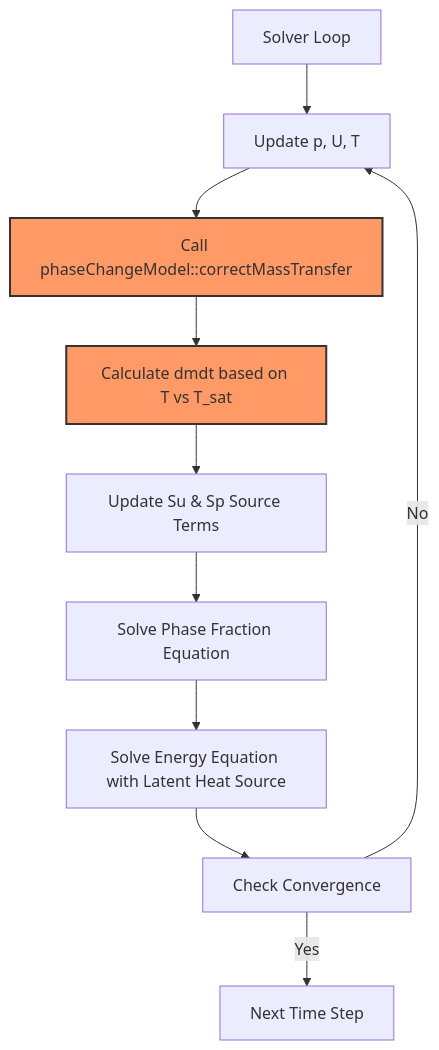
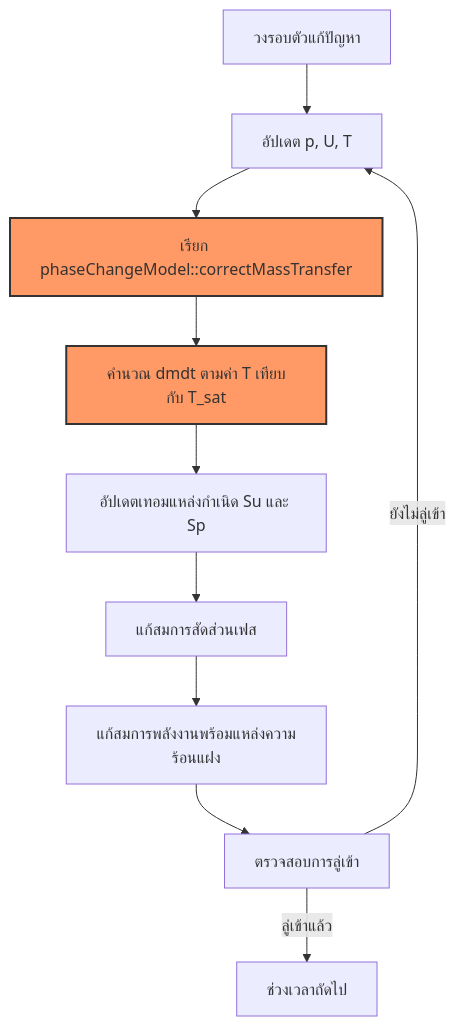
One commit to wramet/build-my-cfd changed the second of 2 diagrams in MODULE_06_ADVANCED_PHYSICS/CONTENT/01_ADVANCED_MULTIPHASE_FLOWS/01_Phase_Change_Modeling.md. Above: the diagram before and after it, drawn with Mermaid. The commit also changed other lines of this file and 104 other files, not shown here.

````diff
--- a/MODULE_06_ADVANCED_PHYSICS/CONTENT/01_ADVANCED_MULTIPHASE_FLOWS/01_Phase_Change_Modeling.md
+++ b/MODULE_06_ADVANCED_PHYSICS/CONTENT/01_ADVANCED_MULTIPHASE_FLOWS/01_Phase_Change_Modeling.md
@@ -261,15 +261,15 @@
 ```mermaid
 graph TD
-    A[Solver Loop] --> B[Update p, U, T]
-    B --> C[Call phaseChangeModel::correctMassTransfer]
-    C --> D[Calculate dmdt based on T vs T_sat]
-    D --> E[Update Su & Sp Source Terms]
-    E --> F[Solve Phase Fraction Equation]
-    F --> G[Solve Energy Equation with Latent Heat Source]
-    G --> H[Check Convergence]
-    H -- No --> B
-    H -- Yes --> I[Next Time Step]
+    A[วงรอบตัวแก้ปัญหา] --> B[อัปเดต p, U, T]
+    B --> C[เรียก phaseChangeModel::correctMassTransfer]
+    C --> D[คำนวณ dmdt ตามค่า T เทียบกับ T_sat]
+    D --> E[อัปเดตเทอมแหล่งกำเนิด Su และ Sp]
+    E --> F[แก้สมการสัดส่วนเฟส]
+    F --> G[แก้สมการพลังงานพร้อมแหล่งความร้อนแฝง]
+    G --> H[ตรวจสอบการลู่เข้า]
+    H -- ยังไม่ลู่เข้า --> B
+    H -- ลู่เข้าแล้ว --> I[ช่วงเวลาถัดไป]
 
     style C fill:#f96,stroke:#333,stroke-width:2px
     style D fill:#f96,stroke:#333,stroke-width:2px
 ```
````
